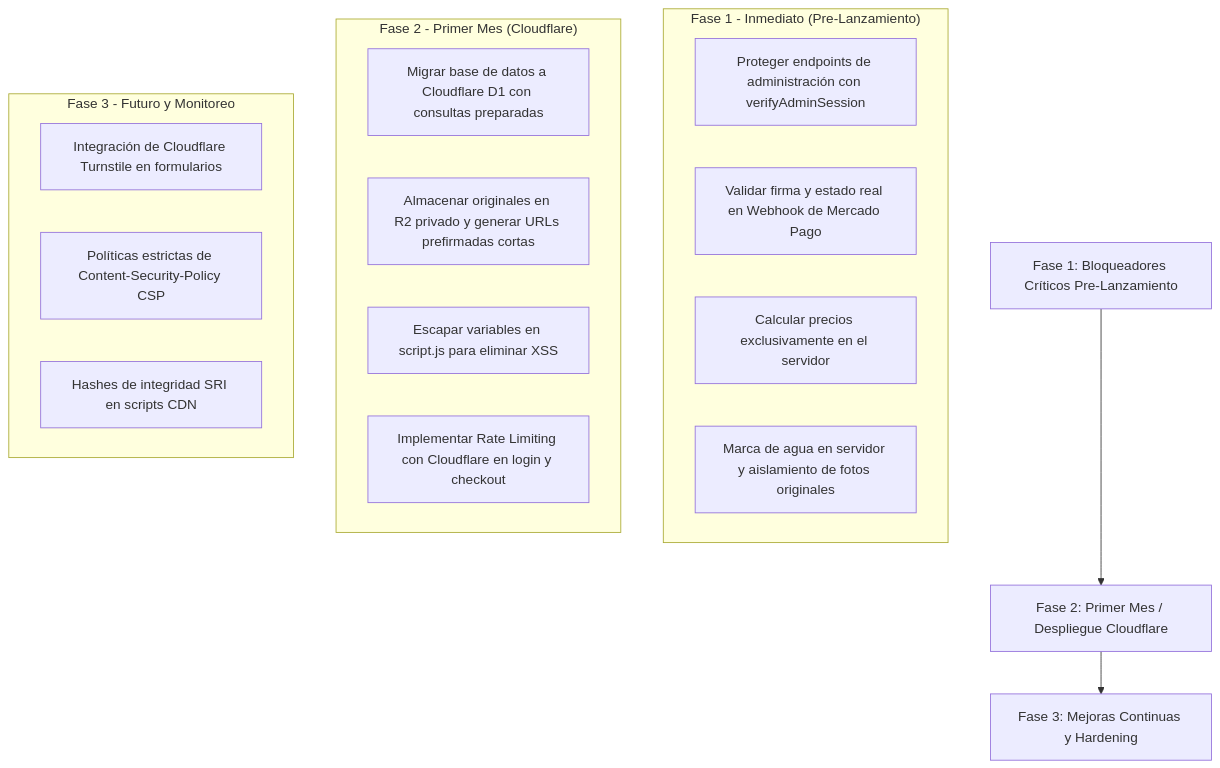
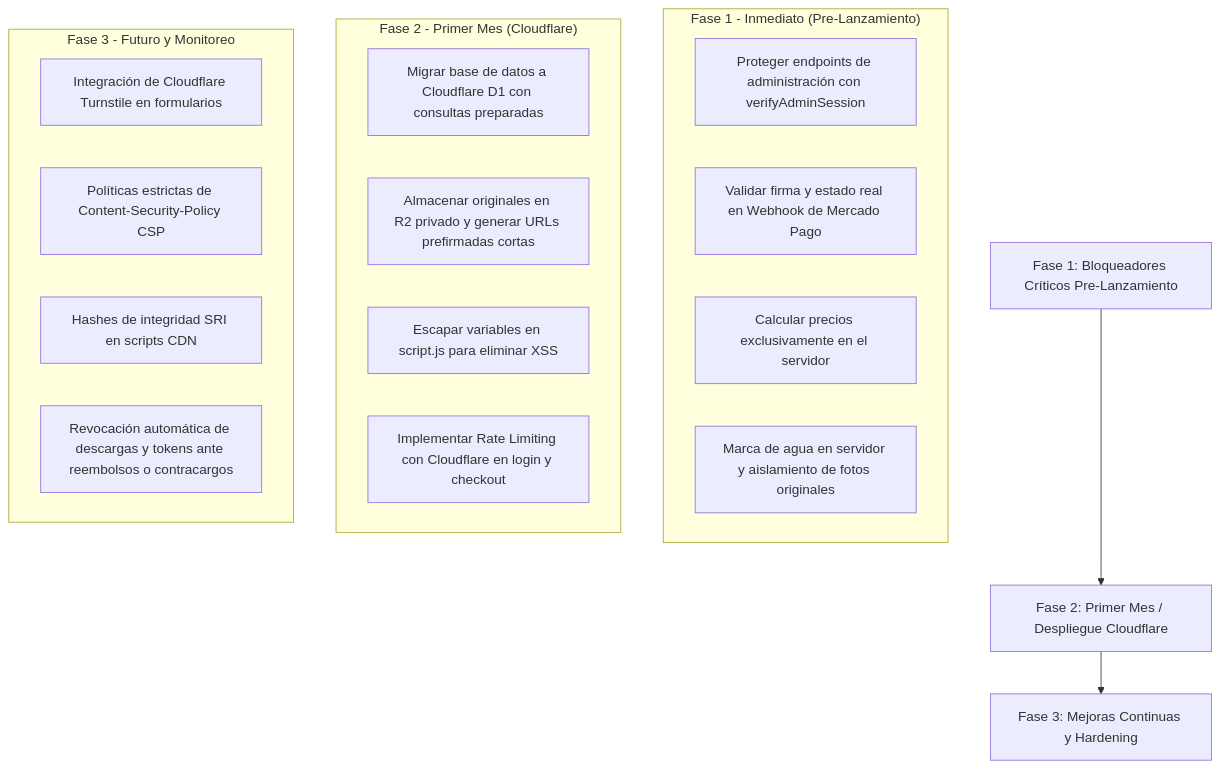
Before and after one commit to GianniF97/sistema_fotos: the diagram in auditoria/informe-seguridad.md, drawn with Mermaid. The commit also changed other lines of this file and 8 other files, not shown here.

````diff
--- a/auditoria/informe-seguridad.md
+++ b/auditoria/informe-seguridad.md
@@ -388,25 +398,26 @@
 ```mermaid
 graph TD
     A[Fase 1: Bloqueadores Críticos Pre-Lanzamiento] --> B[Fase 2: Primer Mes / Despliegue Cloudflare]
     B --> C[Fase 3: Mejoras Continuas y Hardening]
 
     subgraph "Fase 1 - Inmediato (Pre-Lanzamiento)"
         A1[Proteger endpoints de administración con verifyAdminSession]
         A2[Validar firma y estado real en Webhook de Mercado Pago]
         A3[Calcular precios exclusivamente en el servidor]
         A4[Marca de agua en servidor y aislamiento de fotos originales]
     end
 
     subgraph "Fase 2 - Primer Mes (Cloudflare)"
         B1[Migrar base de datos a Cloudflare D1 con consultas preparadas]
         B2[Almacenar originales en R2 privado y generar URLs prefirmadas cortas]
         B3[Escapar variables en script.js para eliminar XSS]
         B4[Implementar Rate Limiting con Cloudflare en login y checkout]
     end
 
     subgraph "Fase 3 - Futuro y Monitoreo"
         C1[Integración de Cloudflare Turnstile en formularios]
         C2[Políticas estrictas de Content-Security-Policy CSP]
         C3[Hashes de integridad SRI en scripts CDN]
+        C4[Revocación automática de descargas y tokens ante reembolsos o contracargos]
     end
 ```
````
